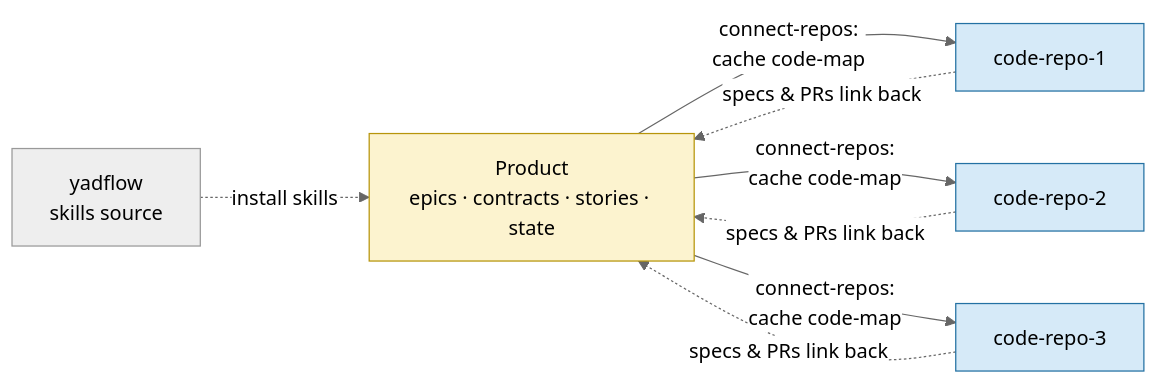
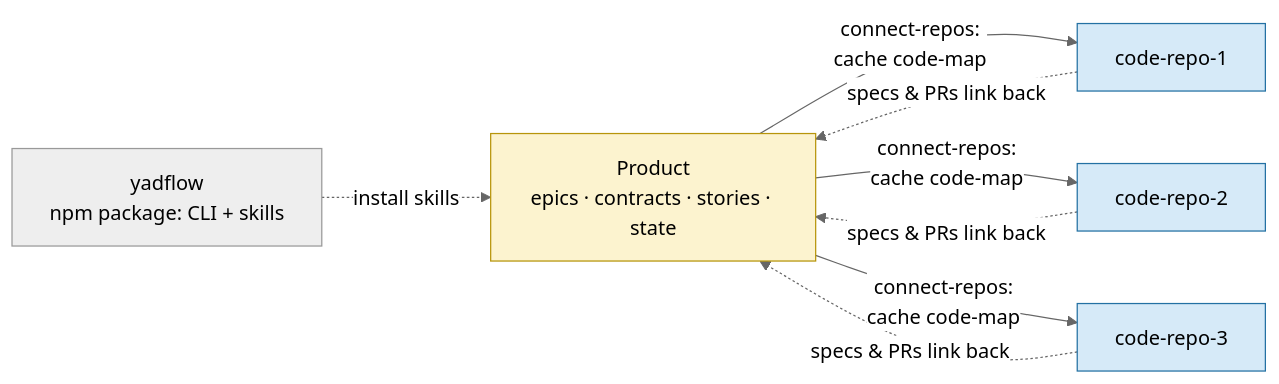
The first of 3 diagrams in TEAM-GUIDE.md (abdelrahmannasr/yadflow), drawn with Mermaid (neutral theme) before and after one commit. The commit also changed other lines of this file and 4 other files, not shown here.

````diff
--- a/TEAM-GUIDE.md
+++ b/TEAM-GUIDE.md
@@ -35,17 +36,17 @@
 ```mermaid
 flowchart LR
     classDef prod fill:#fcf3cf,stroke:#b7950b,color:#000
     classDef code fill:#d6eaf8,stroke:#2471a3,color:#000
-    src["yadflow<br/>skills source"]
+    src["yadflow<br/>npm package: CLI + skills"]
     prod["Product<br/>epics · contracts · stories · state"]:::prod
     r1["code-repo-1"]:::code
     r2["code-repo-2"]:::code
     r3["code-repo-3"]:::code
     src -. install skills .-> prod
     prod -- connect-repos:<br/>cache code-map --> r1
     prod -- connect-repos:<br/>cache code-map --> r2
     prod -- connect-repos:<br/>cache code-map --> r3
     r1 -. specs & PRs link back .-> prod
     r2 -. specs & PRs link back .-> prod
     r3 -. specs & PRs link back .-> prod
 ```
````
